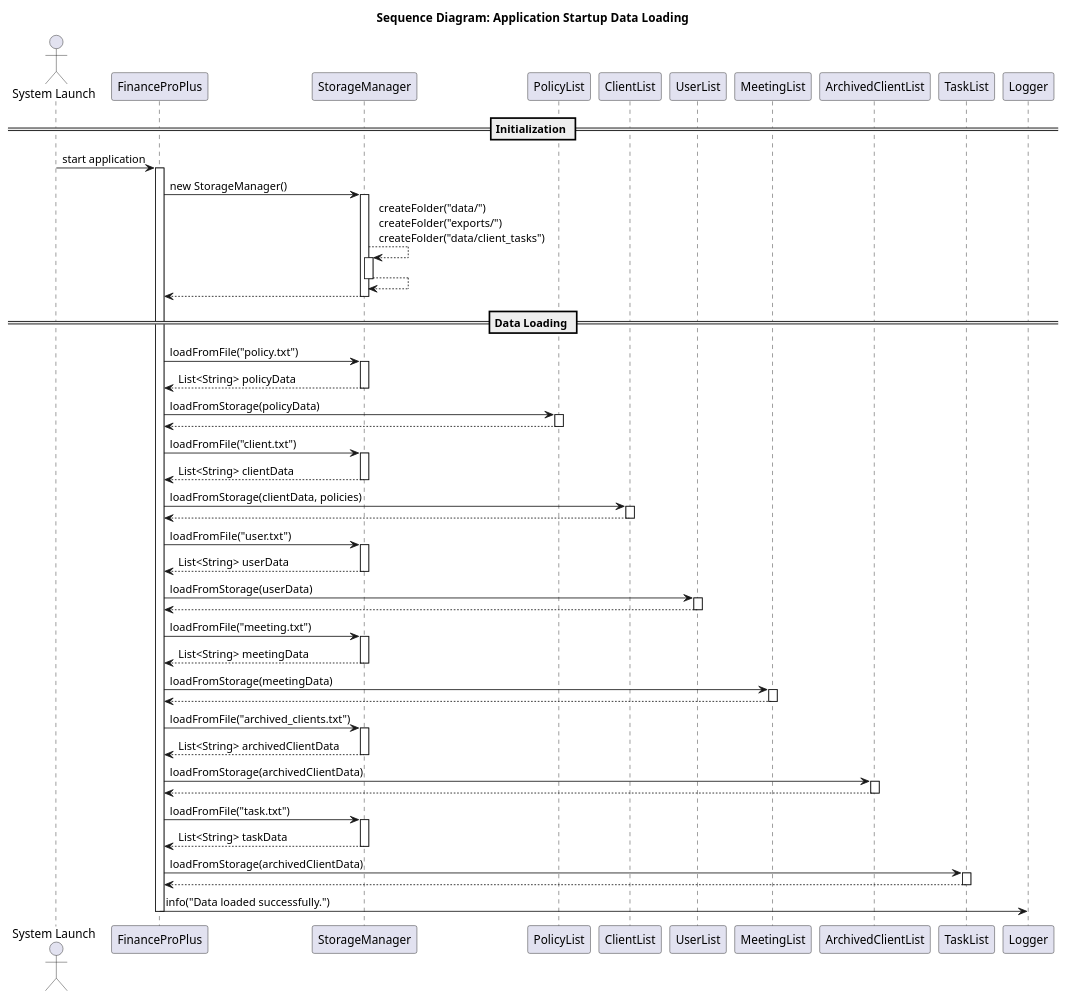
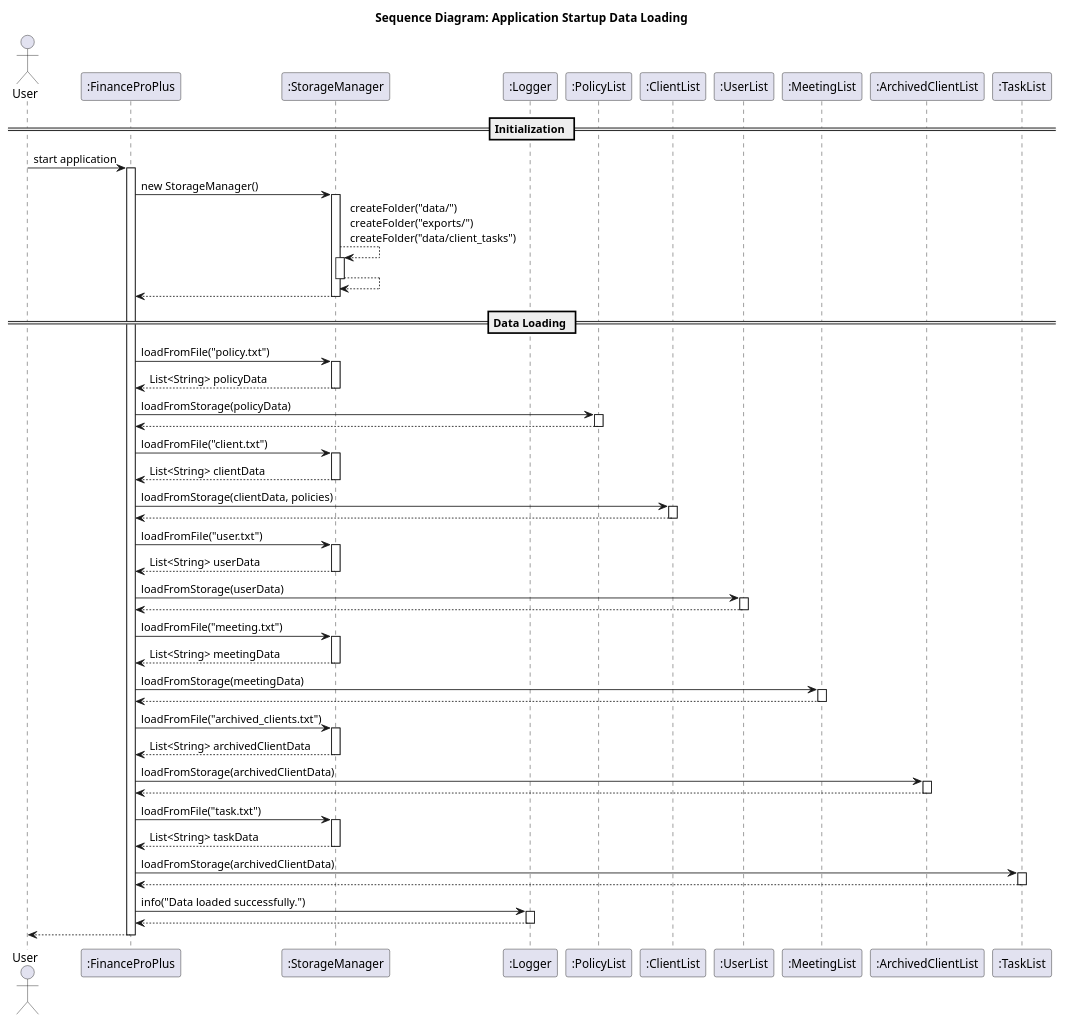
Before and after one commit to ZT712002/tp: the diagram in docs/umldiagrams/Storage_Loading.puml, drawn with PlantUML. The commit also changed 1 other file, not shown here.

Commit message:
Include : to Sequence diagram

```diff
--- a/docs/umldiagrams/Storage_Loading.puml
+++ b/docs/umldiagrams/Storage_Loading.puml
@@ -2,89 +2,95 @@
 @startuml
 title Sequence Diagram: Application Startup Data Loading
 
-actor User as "System Launch"
-participant FinanceProPlus
-participant StorageManager
-participant PolicyList
-participant ClientList
-participant UserList
-participant MeetingList
-participant ArchivedClientList
-participant TaskList
-participant Logger
+actor User as "User"
+
+participant ":FinanceProPlus" as FinanceProPlus
+participant ":StorageManager" as StorageManager
+participant ":Logger" as Logger
+participant ":PolicyList" as PolicyList
+participant ":ClientList" as ClientList
+participant ":UserList" as UserList
+participant ":MeetingList" as MeetingList
+participant ":ArchivedClientList" as ArchivedClientList
+participant ":TaskList" as TaskList
+
 
 
 == Initialization ==
 
 User -> FinanceProPlus: start application
 activate FinanceProPlus
 
 FinanceProPlus -> StorageManager: new StorageManager()
 activate StorageManager
 StorageManager --> StorageManager: createFolder("data/")\ncreateFolder("exports/")\ncreateFolder("data/client_tasks")
 activate StorageManager
 StorageManager --> StorageManager
 deactivate StorageManager
 StorageManager --> FinanceProPlus
 deactivate StorageManager
 
 == Data Loading ==
 
 FinanceProPlus -> StorageManager: loadFromFile("policy.txt")
 activate StorageManager
 StorageManager --> FinanceProPlus: List<String> policyData
 deactivate StorageManager
 FinanceProPlus -> PolicyList: loadFromStorage(policyData)
 activate PolicyList
 PolicyList --> FinanceProPlus:
 deactivate PolicyList
 
 FinanceProPlus -> StorageManager: loadFromFile("client.txt")
 activate StorageManager
 StorageManager --> FinanceProPlus: List<String> clientData
 deactivate StorageManager
 FinanceProPlus -> ClientList: loadFromStorage(clientData, policies)
 activate ClientList
 ClientList --> FinanceProPlus:
 deactivate ClientList
 
 FinanceProPlus -> StorageManager: loadFromFile("user.txt")
 activate StorageManager
 StorageManager --> FinanceProPlus: List<String> userData
 deactivate StorageManager
 FinanceProPlus -> UserList: loadFromStorage(userData)
 activate UserList
 UserList --> FinanceProPlus:
 deactivate UserList
 
 FinanceProPlus -> StorageManager: loadFromFile("meeting.txt")
 activate StorageManager
 StorageManager --> FinanceProPlus: List<String> meetingData
 deactivate StorageManager
 FinanceProPlus -> MeetingList: loadFromStorage(meetingData)
 activate MeetingList
 MeetingList --> FinanceProPlus:
 deactivate MeetingList
 
 FinanceProPlus -> StorageManager: loadFromFile("archived_clients.txt")
 activate StorageManager
 StorageManager --> FinanceProPlus: List<String> archivedClientData
 deactivate StorageManager
 FinanceProPlus -> ArchivedClientList: loadFromStorage(archivedClientData)
 activate ArchivedClientList
 ArchivedClientList --> FinanceProPlus:
 deactivate ArchivedClientList
 
 FinanceProPlus -> StorageManager: loadFromFile("task.txt")
 activate StorageManager
 StorageManager --> FinanceProPlus: List<String> taskData
 deactivate StorageManager
 FinanceProPlus ->TaskList: loadFromStorage(archivedClientData)
 activate TaskList
 TaskList --> FinanceProPlus:
 deactivate TaskList
 
 FinanceProPlus -> Logger: info("Data loaded successfully.")
+activate Logger
+Logger --> FinanceProPlus
+deactivate Logger
+FinanceProPlus --> User
 deactivate FinanceProPlus
 
 @enduml
```
